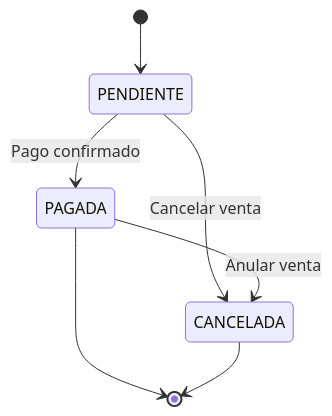
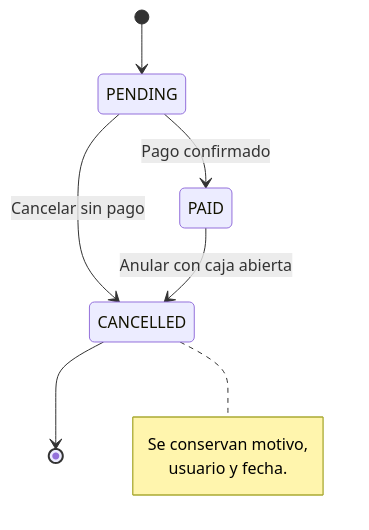
Before and after one commit to Cydonian10/TiendaApi: the first of 3 diagrams in docs/ventas/cancelar-venta.md, drawn with Mermaid. The commit also changed other lines of this file and 1 other file, not shown here.

````diff
--- a/docs/ventas/cancelar-venta.md
+++ b/docs/ventas/cancelar-venta.md
@@ -13,12 +29,13 @@
 ```mermaid
 stateDiagram-v2
-    [*] --> PENDIENTE
+    [*] --> PENDING
+    PENDING --> CANCELLED: Cancelar sin pago
+    PENDING --> PAID: Pago confirmado
+    PAID --> CANCELLED: Anular con caja abierta
+    CANCELLED --> [*]
 
-    PENDIENTE --> PAGADA : Pago confirmado
-    PENDIENTE --> CANCELADA : Cancelar venta
-
-    PAGADA --> CANCELADA : Anular venta
-
-    PAGADA --> [*]
-    CANCELADA --> [*]
+    note right of CANCELLED
+      Se conservan motivo,
+      usuario y fecha.
+    end note
 ```
````
